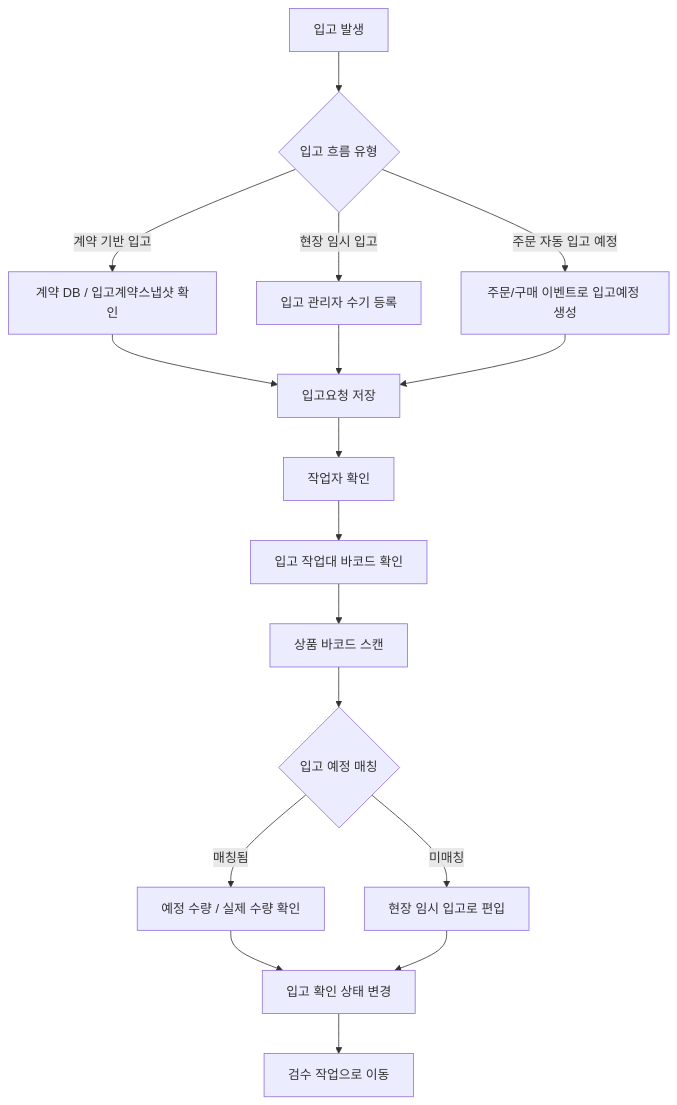
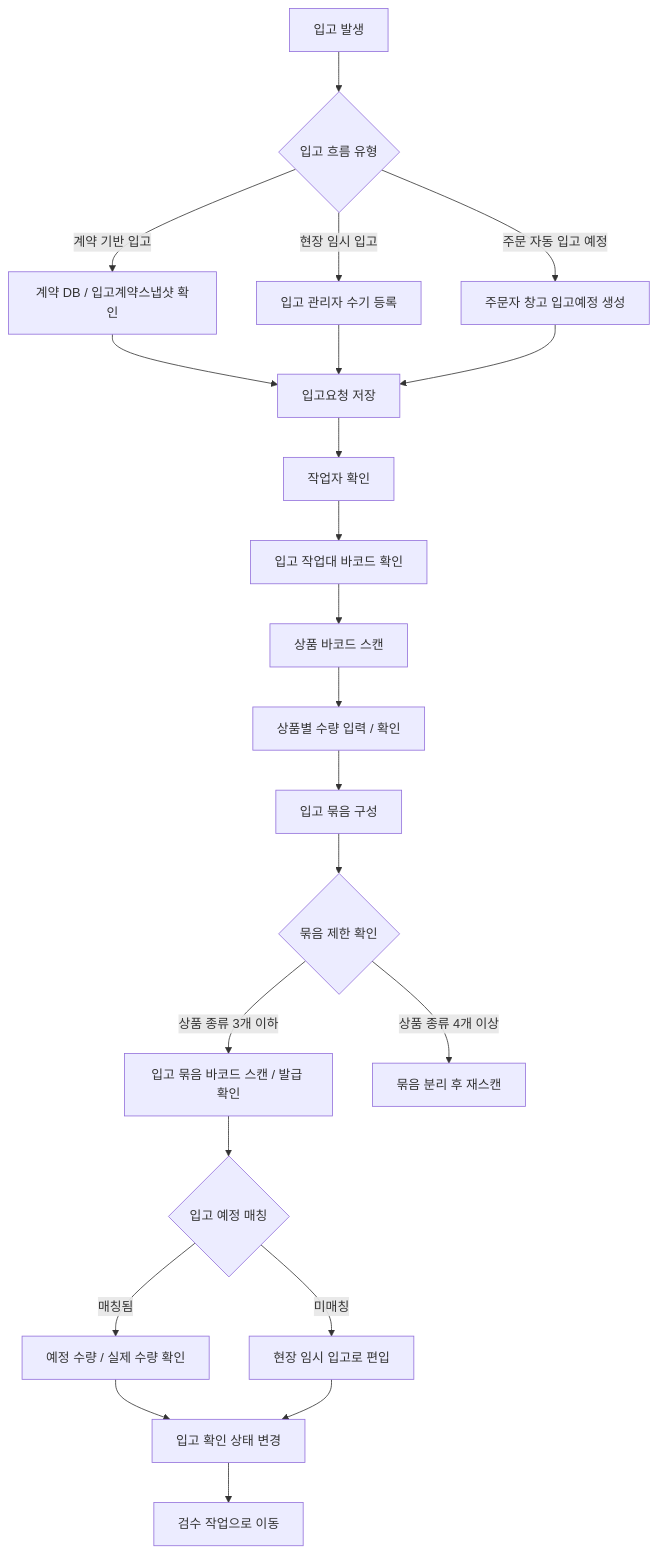
One commit to cheolwo/hongdal changed the first of 5 diagrams in docs/ProjectOverview/warehouse-flows.md. Above: the diagram before and after it, drawn with Mermaid. The commit also changed other lines of this file and 177 other files, not shown here.

````diff
--- a/docs/ProjectOverview/warehouse-flows.md
+++ b/docs/ProjectOverview/warehouse-flows.md
@@ -11,19 +14,24 @@
 ```mermaid
 flowchart TD
     A["입고 발생"] --> B{"입고 흐름 유형"}
     B -->|계약 기반 입고| C["계약 DB / 입고계약스냅샷 확인"]
     B -->|현장 임시 입고| D["입고 관리자 수기 등록"]
-    B -->|주문 자동 입고 예정| E["주문/구매 이벤트로 입고예정 생성"]
+    B -->|주문 자동 입고 예정| E["주문자 창고 입고예정 생성"]
     C --> F["입고요청 저장"]
     D --> F
     E --> F
     F --> G["작업자 확인"]
     G --> H["입고 작업대 바코드 확인"]
     H --> I["상품 바코드 스캔"]
-    I --> J{"입고 예정 매칭"}
-    J -->|매칭됨| K["예정 수량 / 실제 수량 확인"]
-    J -->|미매칭| L["현장 임시 입고로 편입"]
-    K --> M["입고 확인 상태 변경"]
-    L --> M
-    M --> N["검수 작업으로 이동"]
+    I --> J["상품별 수량 입력 / 확인"]
+    J --> K["입고 묶음 구성"]
+    K --> L{"묶음 제한 확인"}
+    L -->|상품 종류 3개 이하| M["입고 묶음 바코드 스캔 / 발급 확인"]
+    L -->|상품 종류 4개 이상| X["묶음 분리 후 재스캔"]
+    M --> N{"입고 예정 매칭"}
+    N -->|매칭됨| O["예정 수량 / 실제 수량 확인"]
+    N -->|미매칭| P["현장 임시 입고로 편입"]
+    O --> Q["입고 확인 상태 변경"]
+    P --> Q
+    Q --> R["검수 작업으로 이동"]
 ```
````
